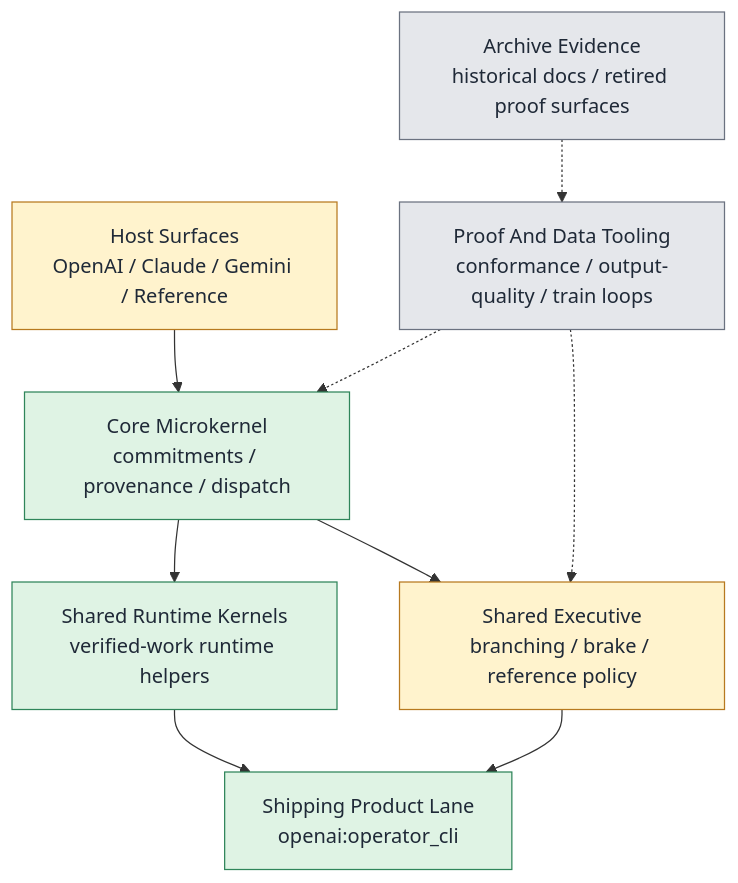
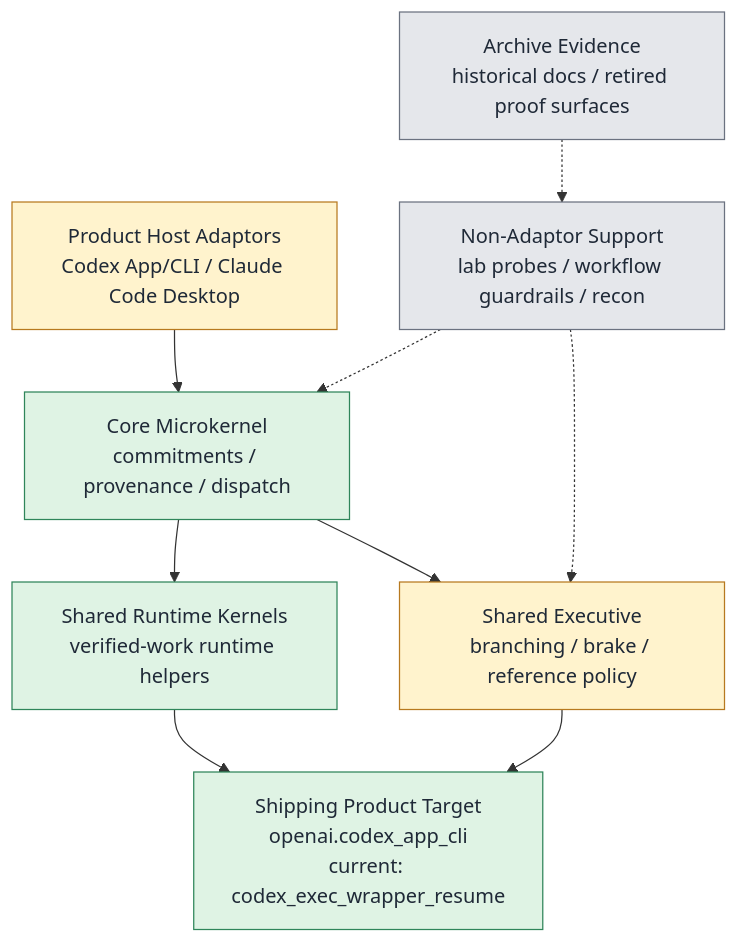
One commit to cortex-loop/cortex-loop changed the diagram in docs/CORTEX_STATUS.md. Above: the diagram before and after it, drawn with Mermaid. The commit also changed other lines of this file and 27 other files, not shown here.

````diff
--- a/docs/CORTEX_STATUS.md
+++ b/docs/CORTEX_STATUS.md
@@ -97,31 +97,31 @@
 ```mermaid
 flowchart TD
-    hosts["Host Surfaces\nOpenAI / Claude / Gemini / Reference"]
+    hosts["Product Host Adaptors\nCodex App/CLI / Claude Code Desktop"]
     core["Core Microkernel\ncommitments / provenance / dispatch"]
     runtime["Shared Runtime Kernels\nverified-work runtime helpers"]
     sre["Shared Executive\nbranching / brake / reference policy"]
-    shipping["Shipping Product Lane\nopenai:operator_cli"]
-    lab["Proof And Data Tooling\nconformance / output-quality / train loops"]
+    shipping["Shipping Product Target\nopenai.codex_app_cli\ncurrent: codex_exec_wrapper_resume"]
+    lab["Non-Adaptor Support\nlab probes / workflow guardrails / recon"]
     archive["Archive Evidence\nhistorical docs / retired proof surfaces"]
     hosts --> core
     core --> runtime
     core --> sre
     runtime --> shipping
     sre --> shipping
     lab -.-> core
     lab -.-> sre
     archive -.-> lab
 
     classDef good fill:#dff3e4,stroke:#2f855a,color:#1f2937;
     classDef warn fill:#fff3cd,stroke:#b7791f,color:#1f2937;
     classDef bad fill:#f8d7da,stroke:#c53030,color:#1f2937;
     classDef deferred fill:#e5e7eb,stroke:#6b7280,color:#1f2937;
 
     class hosts warn;
     class core good;
     class runtime good;
     class sre warn;
     class shipping good;
     class lab deferred;
     class archive deferred;
 ```
````
